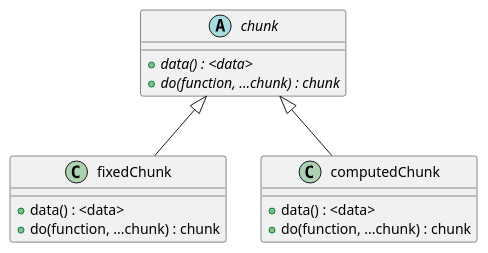
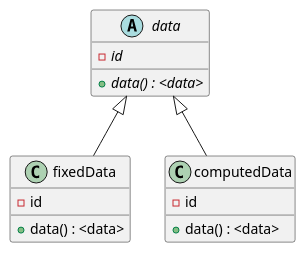
The diagram in img/chunk1.puml (jcai849/phd), drawn with PlantUML before and after one commit. The commit also changed 3 other files, not shown here.

```diff
--- a/img/chunk1.puml
+++ b/img/chunk1.puml
@@ -1,19 +1,19 @@
 @startuml
-abstract chunk {
+abstract data {
+	{abstract} -id
 	{abstract} +data() : <data>
-	{abstract} +do(function, ...chunk) : chunk
 }
 
-class fixedChunk {
+class fixedData {
+	-id
 	+data() : <data>
-	+do(function, ...chunk) : chunk
 }
 
-class computedChunk {
+class computedData {
+	-id
 	+data() : <data>
-	+do(function, ...chunk) : chunk
 }
 
-chunk <|-- fixedChunk
-chunk <|-- computedChunk
+data <|-- fixedData
+data <|-- computedData
 @enduml
```
